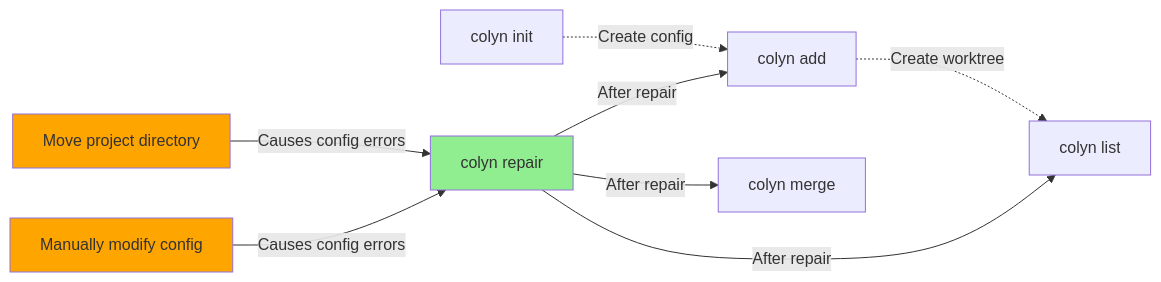
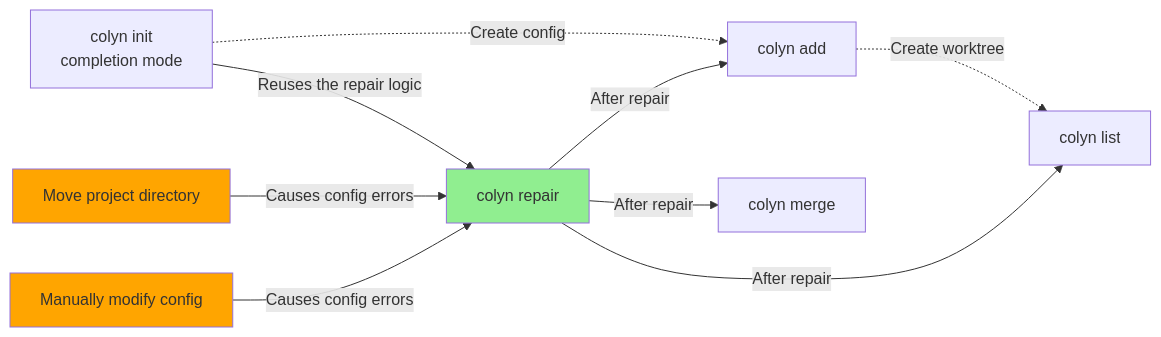
One commit to colin-han/colyn changed the fourth of 4 diagrams in docs/en/develop/design/commands/design-repair-command.md. Above: the diagram before and after it, drawn with Mermaid. The commit also changed other lines of this file and 18 other files, not shown here.

First line of the commit message:
refactor(repair,init): 运行时配置修复全面插件化，init 补全模式复用 repair

````diff
--- a/docs/en/develop/design/commands/design-repair-command.md
+++ b/docs/en/develop/design/commands/design-repair-command.md
@@ -473,16 +501,17 @@
 ```mermaid
 graph LR
-    Init[colyn init] -.->|Create config| Add[colyn add]
+    Init[colyn init<br/>completion mode] -->|Reuses the repair logic| Repair
+    Init -.->|Create config| Add[colyn add]
     Add -.->|Create worktree| List[colyn list]
 
     Move[Move project directory] -->|Causes config errors| Repair[colyn repair]
     Edit[Manually modify config] -->|Causes config errors| Repair
 
     Repair -->|After repair| List
     Repair -->|After repair| Add
     Repair -->|After repair| Merge[colyn merge]
 
     style Repair fill:#90EE90
     style Move fill:#FFA500
     style Edit fill:#FFA500
 ```
````
